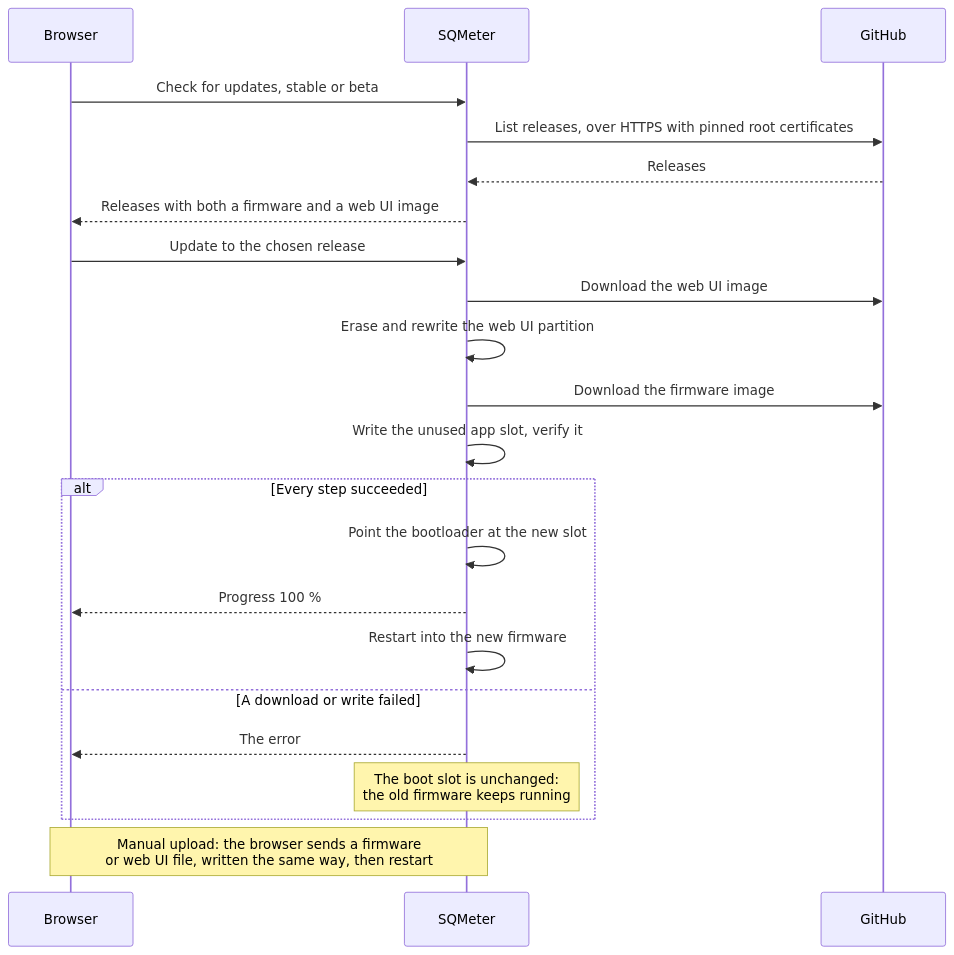
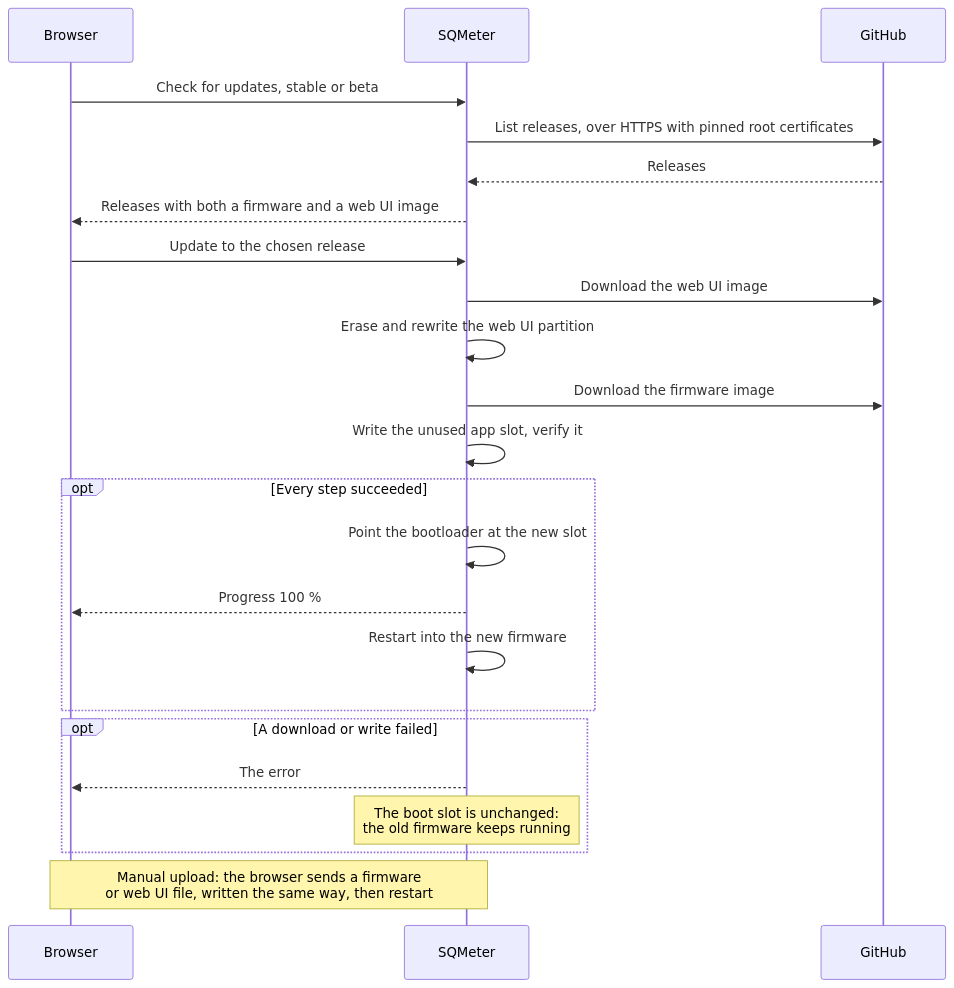
Before and after one commit to DeanJ87/SQMeter: the diagram in docs/user-guide/ota.md, drawn with Mermaid. The commit also changed 3 other files, not shown here.

Commit message:
docs: clearer MQTT map, readable sequence branches, compact alert gates (024 T032 render review)

````diff
--- a/docs/user-guide/ota.md
+++ b/docs/user-guide/ota.md
@@ -115,26 +115,27 @@
 ```mermaid
 sequenceDiagram
     accTitle: Updating from GitHub releases
     accDescr: The browser asks the device for releases; the device fetches the list from GitHub itself. On Update, the device downloads and writes the web UI image first and the firmware last, switching the boot slot only after the firmware is verified, then restarts. Any failure before that leaves the old firmware booting.
     participant B as Browser
     participant D as SQMeter
     participant G as GitHub
     B->>D: Check for updates, stable or beta
     D->>G: List releases, over HTTPS with pinned root certificates
     G-->>D: Releases
     D-->>B: Releases with both a firmware and a web UI image
     B->>D: Update to the chosen release
     D->>G: Download the web UI image
     D->>D: Erase and rewrite the web UI partition
     D->>G: Download the firmware image
     D->>D: Write the unused app slot, verify it
-    alt Every step succeeded
+    opt Every step succeeded
         D->>D: Point the bootloader at the new slot
         D-->>B: Progress 100 %
         D->>D: Restart into the new firmware
-    else A download or write failed
+    end
+    opt A download or write failed
         D-->>B: The error
         Note over D: The boot slot is unchanged:<br/>the old firmware keeps running
     end
     Note over B,D: Manual upload: the browser sends a firmware<br/>or web UI file, written the same way, then restart
 ```
````
